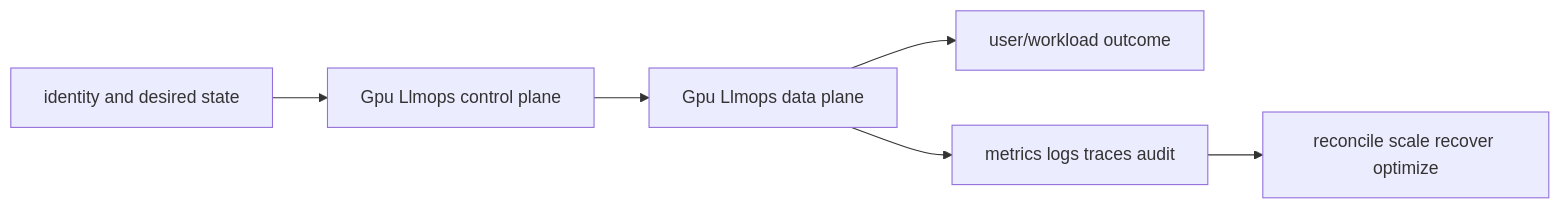
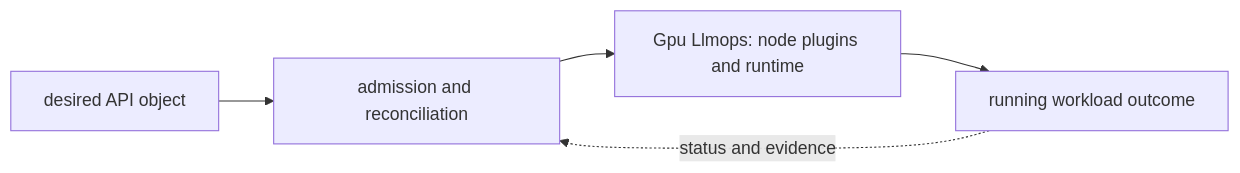
Before and after one commit to tomkidumbuyo/DevOps-interview-preparation: the second of 2 diagrams in 06-kubernetes/09-gpu-llmops/README.md, drawn with Mermaid. The commit also changed other lines of this file and 753 other files, not shown here.

````diff
--- a/06-kubernetes/09-gpu-llmops/README.md
+++ b/06-kubernetes/09-gpu-llmops/README.md
@@ -41,8 +52,7 @@
 ```mermaid
 flowchart LR
-  I[identity and desired state] --> C[Gpu Llmops control plane]
-  C --> D[Gpu Llmops data plane]
-  D --> U[user/workload outcome]
-  D --> O[metrics logs traces audit]
-  O --> R[reconcile scale recover optimize]
+  A["desired API object"] --> B["admission and reconciliation"]
+  B --> C["Gpu Llmops: node plugins and runtime"]
+  C --> D["running workload outcome"]
+  D -. "status and evidence" .-> B
 ```
````
